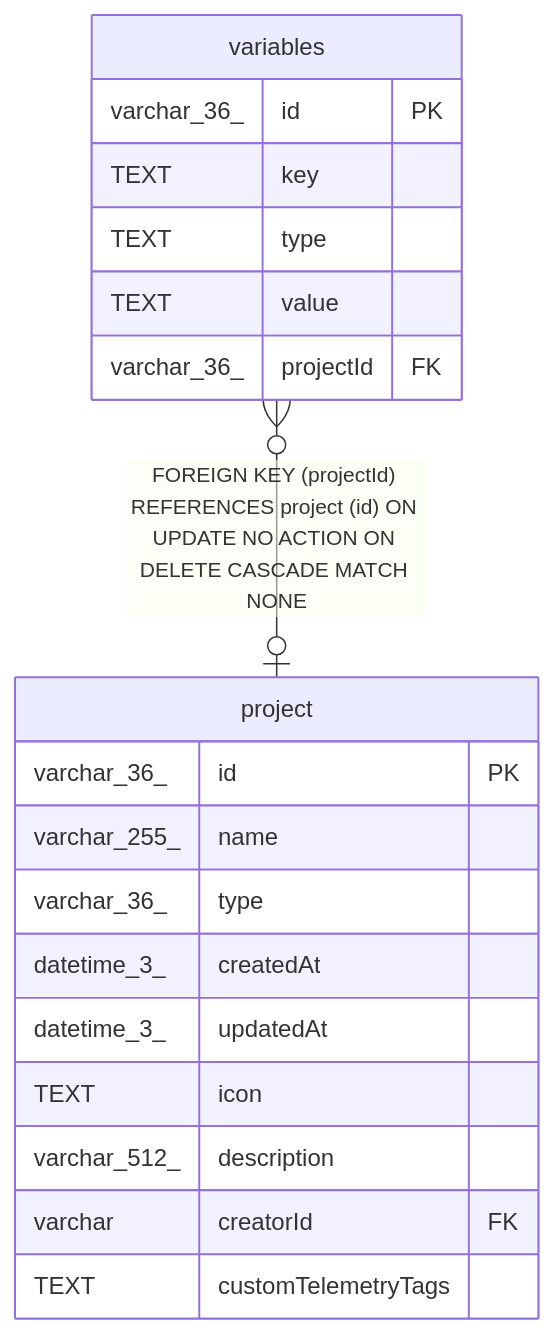
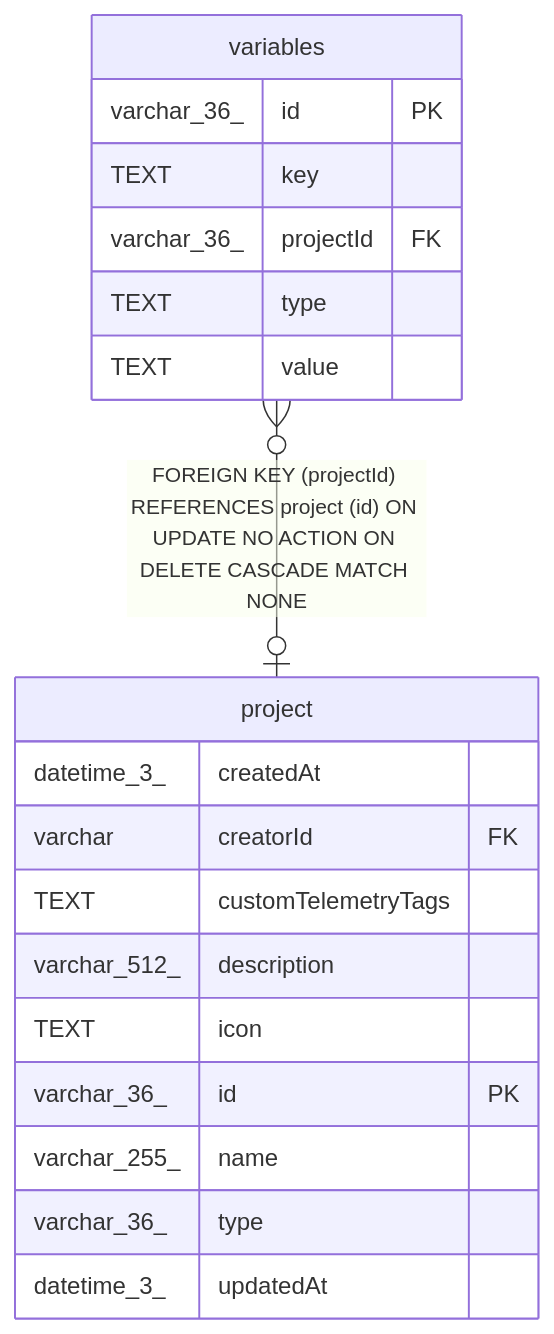
Before and after one commit to mayankjain1815-commits/n8n: the diagram in docs/generated/sqlite-schema/variables.md, drawn with Mermaid. The commit also changed other lines of this file and 221 other files, not shown here.

Commit message:
chore(core): Make DB schema docs generation deterministic (#32373)

````diff
--- a/docs/generated/sqlite-schema/variables.md
+++ b/docs/generated/sqlite-schema/variables.md
@@ -42,24 +42,24 @@
 ```mermaid
 erDiagram
 
 "variables" }o--o| "project" : "FOREIGN KEY (projectId) REFERENCES project (id) ON UPDATE NO ACTION ON DELETE CASCADE MATCH NONE"
 
 "variables" {
   varchar_36_ id PK
   TEXT key
+  varchar_36_ projectId FK
   TEXT type
   TEXT value
-  varchar_36_ projectId FK
 }
 "project" {
+  datetime_3_ createdAt
+  varchar creatorId FK
+  TEXT customTelemetryTags
+  varchar_512_ description
+  TEXT icon
   varchar_36_ id PK
   varchar_255_ name
   varchar_36_ type
-  datetime_3_ createdAt
   datetime_3_ updatedAt
-  TEXT icon
-  varchar_512_ description
-  varchar creatorId FK
-  TEXT customTelemetryTags
 }
 ```
````
